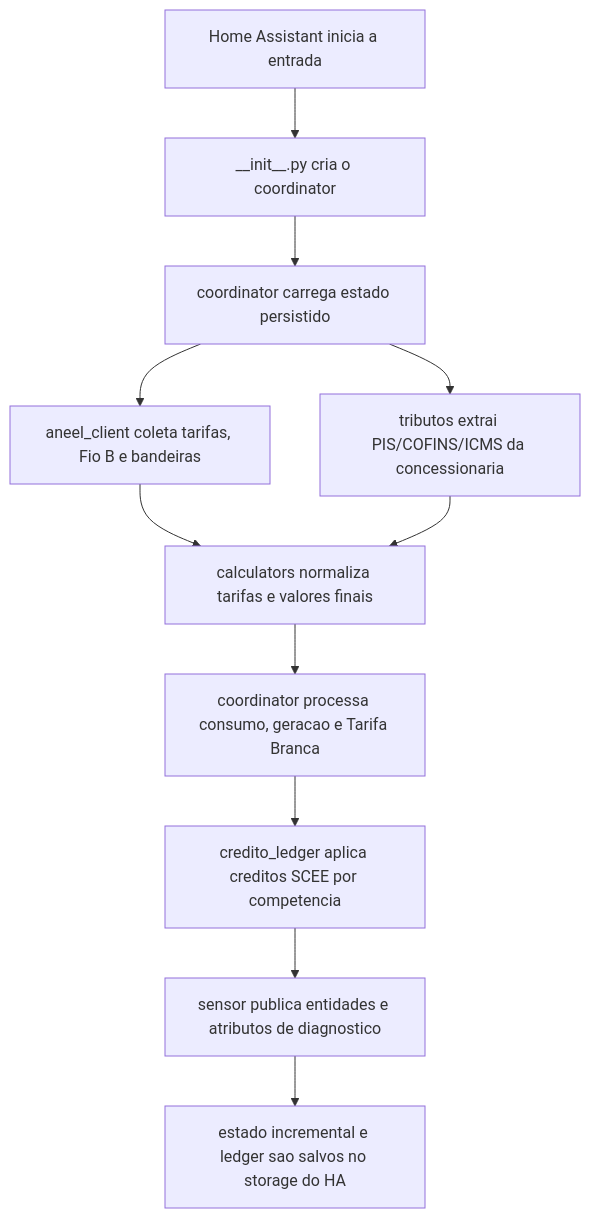
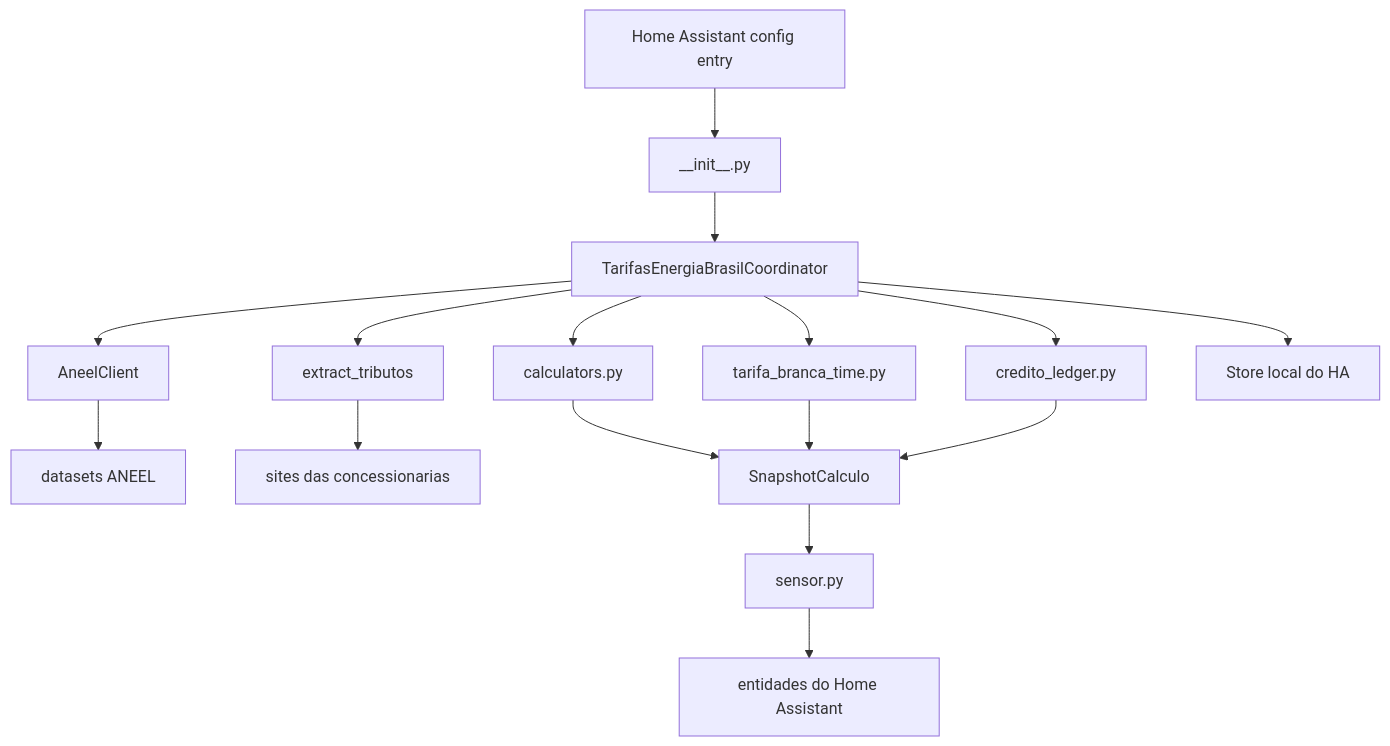
Before and after one commit to ceinmart/tarifas-energia-brasil: the diagram in DOCUMENTACAO_CODIGO_0.1.0-alpha.5.md, drawn with Mermaid. The commit also changed other lines of this file, not shown here.

````diff
--- a/DOCUMENTACAO_CODIGO_0.1.0-alpha.5.md
+++ b/DOCUMENTACAO_CODIGO_0.1.0-alpha.5.md
@@ -20,13 +24,18 @@
 ```mermaid
 flowchart TD
-    A["Home Assistant inicia a entrada"] --> B["__init__.py cria o coordinator"]
-    B --> C["coordinator carrega estado persistido"]
-    C --> D["aneel_client coleta tarifas, Fio B e bandeiras"]
-    C --> E["tributos extrai PIS/COFINS/ICMS da concessionaria"]
-    D --> F["calculators normaliza tarifas e valores finais"]
-    E --> F
-    F --> G["coordinator processa consumo, geracao e Tarifa Branca"]
-    G --> H["credito_ledger aplica creditos SCEE por competencia"]
-    H --> I["sensor publica entidades e atributos de diagnostico"]
-    I --> J["estado incremental e ledger sao salvos no storage do HA"]
+    A["Home Assistant config entry"] --> B["__init__.py"]
+    B --> C["TarifasEnergiaBrasilCoordinator"]
+    C --> D["AneelClient"]
+    C --> E["extract_tributos"]
+    C --> F["calculators.py"]
+    C --> G["tarifa_branca_time.py"]
+    C --> H["credito_ledger.py"]
+    D --> I["datasets ANEEL"]
+    E --> J["sites das concessionarias"]
+    F --> K["SnapshotCalculo"]
+    G --> K
+    H --> K
+    K --> L["sensor.py"]
+    L --> M["entidades do Home Assistant"]
+    C --> N["Store local do HA"]
 ```
````
